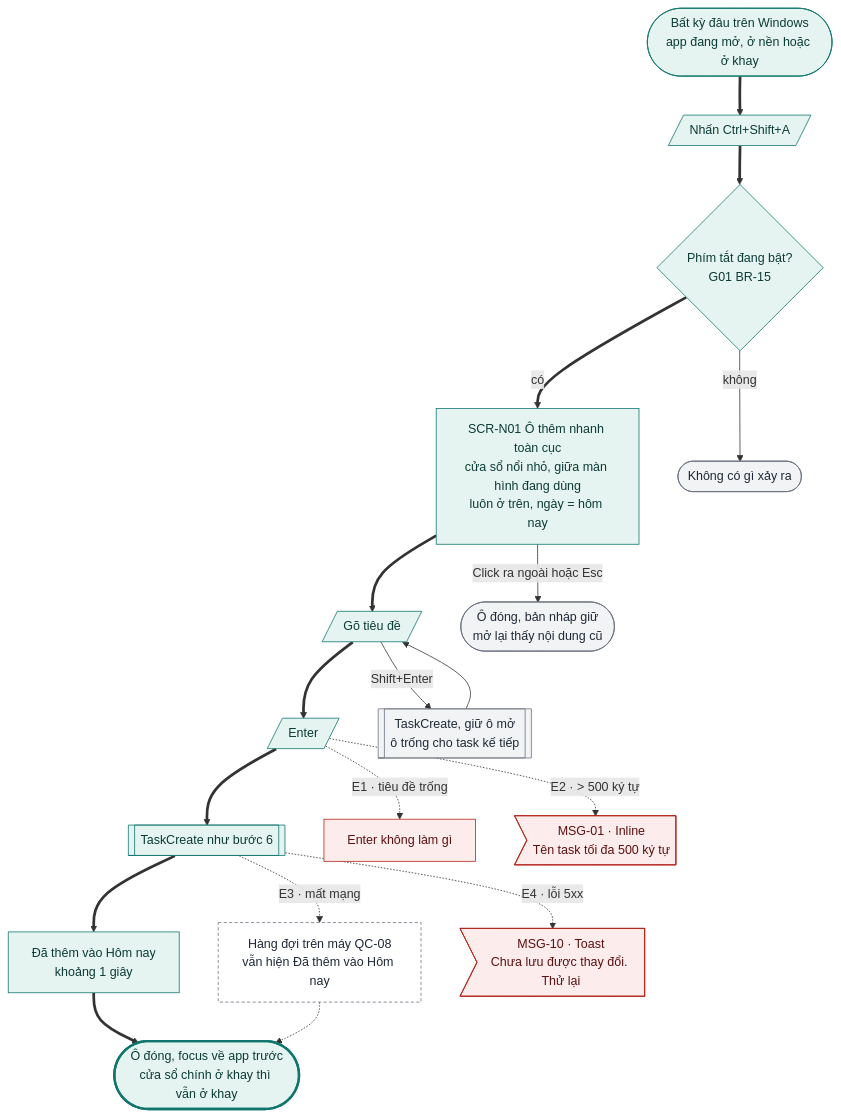
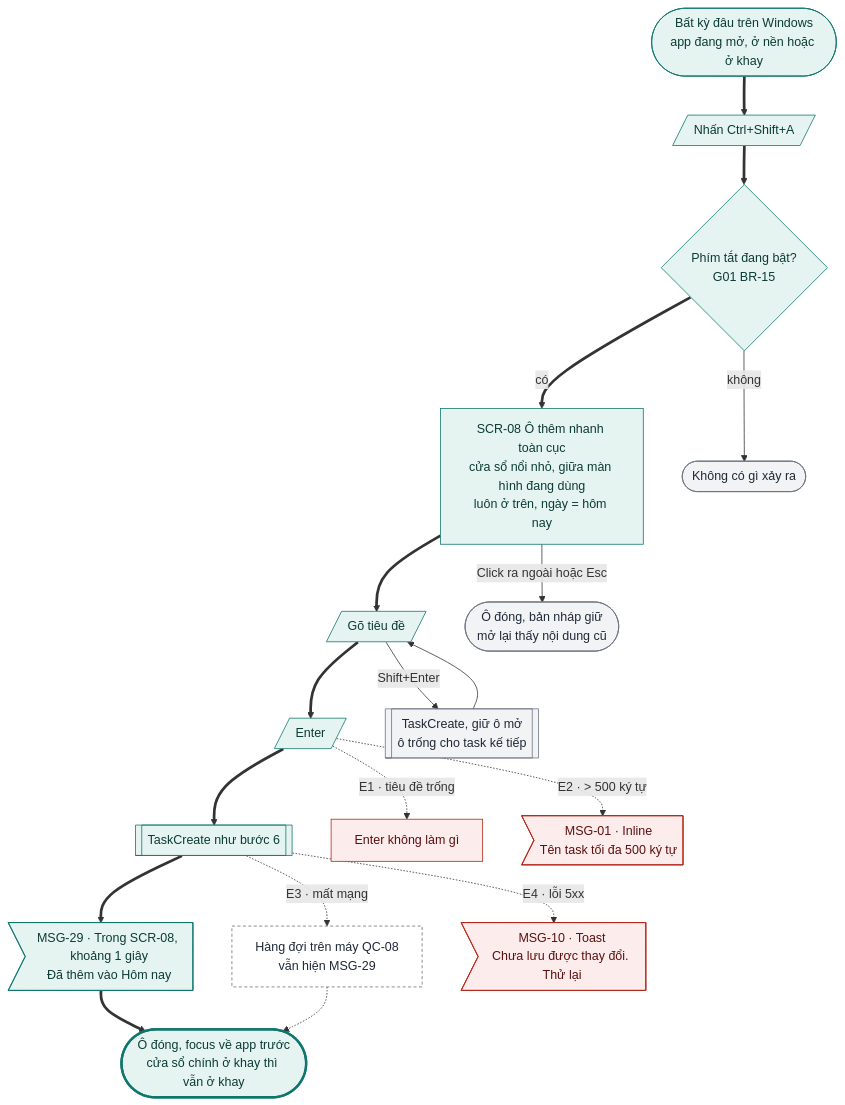
One commit to tannguyenho/personal-app changed the third of 15 diagrams in docs/design-brief/flow/g02-quan-ly-task.md. Above: the diagram before and after it, drawn with Mermaid. The commit also changed other lines of this file and 9 other files, not shown here.

````diff
--- a/docs/design-brief/flow/g02-quan-ly-task.md
+++ b/docs/design-brief/flow/g02-quan-ly-task.md
@@ -117,40 +117,40 @@
 ```mermaid
 flowchart TD
   start(["Bất kỳ đâu trên Windows<br/>app đang mở, ở nền hoặc ở khay"])
   u1[/"Nhấn Ctrl+Shift+A"/]
   d0{"Phím tắt đang bật?<br/>G01 BR-15"}
-  s1["SCR-N01 Ô thêm nhanh toàn cục<br/>cửa sổ nổi nhỏ, giữa màn hình đang dùng<br/>luôn ở trên, ngày = hôm nay"]
+  s1["SCR-08 Ô thêm nhanh toàn cục<br/>cửa sổ nổi nhỏ, giữa màn hình đang dùng<br/>luôn ở trên, ngày = hôm nay"]
   u2[/"Gõ tiêu đề"/]
   u3[/"Enter"/]
   p1[["TaskCreate như bước 6"]]
-  s2["Đã thêm vào Hôm nay<br/>khoảng 1 giây"]
+  s2>"MSG-29 · Trong SCR-08, khoảng 1 giây<br/>Đã thêm vào Hôm nay"]
   ok(["Ô đóng, focus về app trước<br/>cửa sổ chính ở khay thì vẫn ở khay"])
 
   start ==> u1 ==> d0
   d0 ==>|"có"| s1 ==> u2 ==> u3 ==> p1 ==> s2 ==> ok
   d0 -->|"không"| off(["Không có gì xảy ra"])
   u2 -->|"Shift+Enter"| p2[["TaskCreate, giữ ô mở<br/>ô trống cho task kế tiếp"]]
   p2 --> u2
   s1 -->|"Click ra ngoài hoặc Esc"| a3(["Ô đóng, bản nháp giữ<br/>mở lại thấy nội dung cũ"])
   u3 -.->|"E1 · tiêu đề trống"| e1["Enter không làm gì"]
   u3 -.->|"E2 · > 500 ký tự"| e2m>"MSG-01 · Inline<br/>Tên task tối đa 500 ký tự"]
-  p1 -.->|"E3 · mất mạng"| e3["Hàng đợi trên máy QC-08<br/>vẫn hiện Đã thêm vào Hôm nay"]
+  p1 -.->|"E3 · mất mạng"| e3["Hàng đợi trên máy QC-08<br/>vẫn hiện MSG-29"]
   e3 -.-> ok
   p1 -.->|"E4 · lỗi 5xx"| e4m>"MSG-10 · Toast<br/>Chưa lưu được thay đổi. Thử lại"]
 
   class start,u1,d0,s1,u2,u3,p1,s2 happy
   class p2,a3 alt
   class off alt
   class e1,e2m,e4m err
   class e3 sync
   class ok done
   classDef happy fill:#E6F4F1,stroke:#0F766E,color:#0B3B36
   classDef alt fill:#F1F3F5,stroke:#6B7280,color:#1F2937
   classDef err fill:#FDECEC,stroke:#B42318,color:#5C1010
   classDef warn fill:#FEF4E2,stroke:#B45309,color:#4A2604
   classDef ai fill:#F1ECFD,stroke:#6D28D9,color:#2E1065
   classDef sync fill:#FFFFFF,stroke:#6B7280,stroke-dasharray:4 3,color:#1F2937
   classDef link fill:#FFFFFF,stroke:#0F766E,stroke-dasharray:4 3,color:#0B3B36
   classDef done fill:#E6F4F1,stroke:#0F766E,stroke-width:3px,color:#0B3B36
   classDef fail fill:#FDECEC,stroke:#B42318,stroke-width:3px,color:#5C1010
 ```
````
